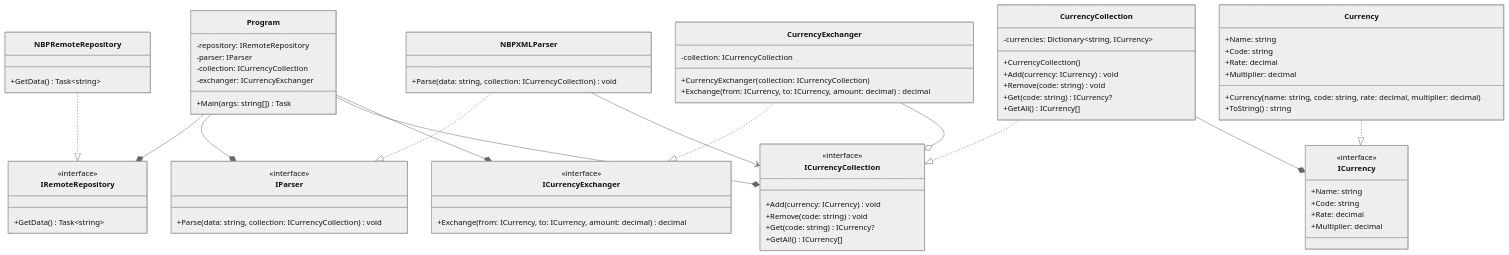
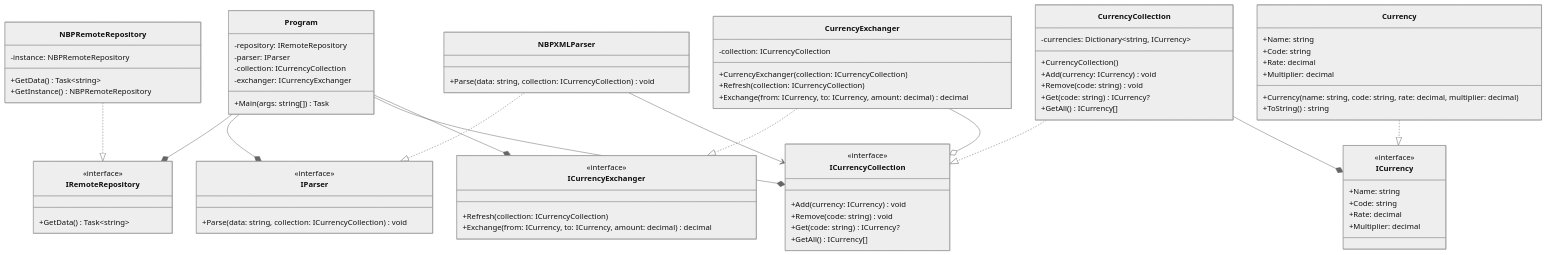
Before and after one commit to LostInTheLogs/PK-TO: the diagram in README.md, drawn with Mermaid (neutral theme).

Commit message:
Update README.md with new class definitions

```diff
--- a/README.md
+++ b/README.md
@@ -14,7 +14,9 @@
     }
 
     class NBPRemoteRepository {
+        -instance: NBPRemoteRepository
         +GetData() Task~string~
+        +GetInstance() NBPRemoteRepository
     }
 
     class IParser {
@@ -36,6 +38,7 @@
 
     class ICurrencyExchanger {
         <<interface>>
+        +Refresh(collection: ICurrencyCollection)
         +Exchange(from: ICurrency, to: ICurrency, amount: decimal) decimal
     }
 
@@ -43,6 +46,7 @@
     class CurrencyExchanger {
         -collection: ICurrencyCollection
         +CurrencyExchanger(collection: ICurrencyCollection)
+        +Refresh(collection: ICurrencyCollection)
         +Exchange(from: ICurrency, to: ICurrency, amount: decimal) decimal
     }
 
```
